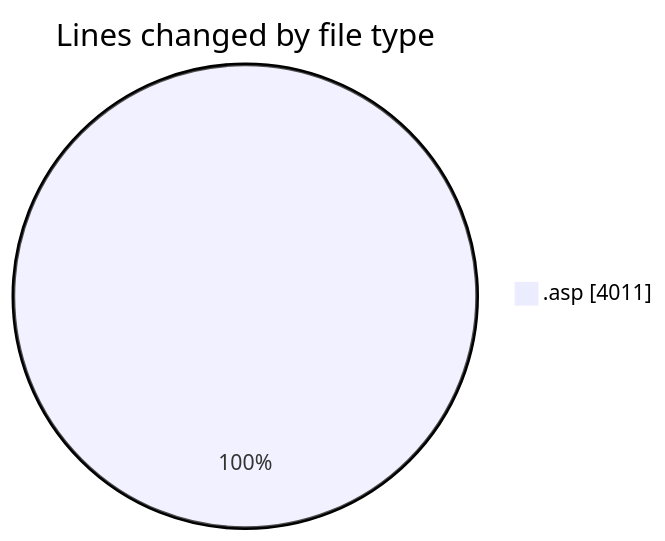
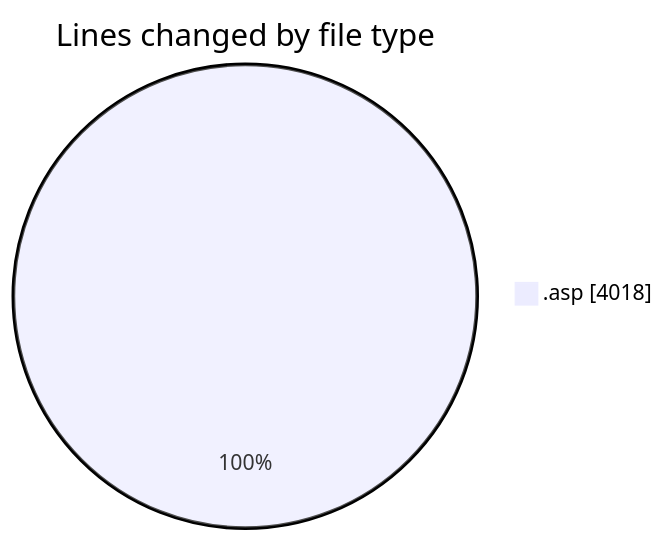
The first of 2 diagrams in 2025-11-04/cdp_aleoudev_fr__workspace_/README.md (julien-gomy/code-tracking), drawn with Mermaid before and after one commit. The commit also changed other lines of this file and 1 other file, not shown here.

````diff
--- a/2025-11-04/cdp_aleoudev_fr__workspace_/README.md
+++ b/2025-11-04/cdp_aleoudev_fr__workspace_/README.md
@@ -21,5 +21,5 @@
 ```mermaid
 pie showData
 title Lines changed by file type
-".asp" : 4011
+".asp" : 4018
 ```
````
